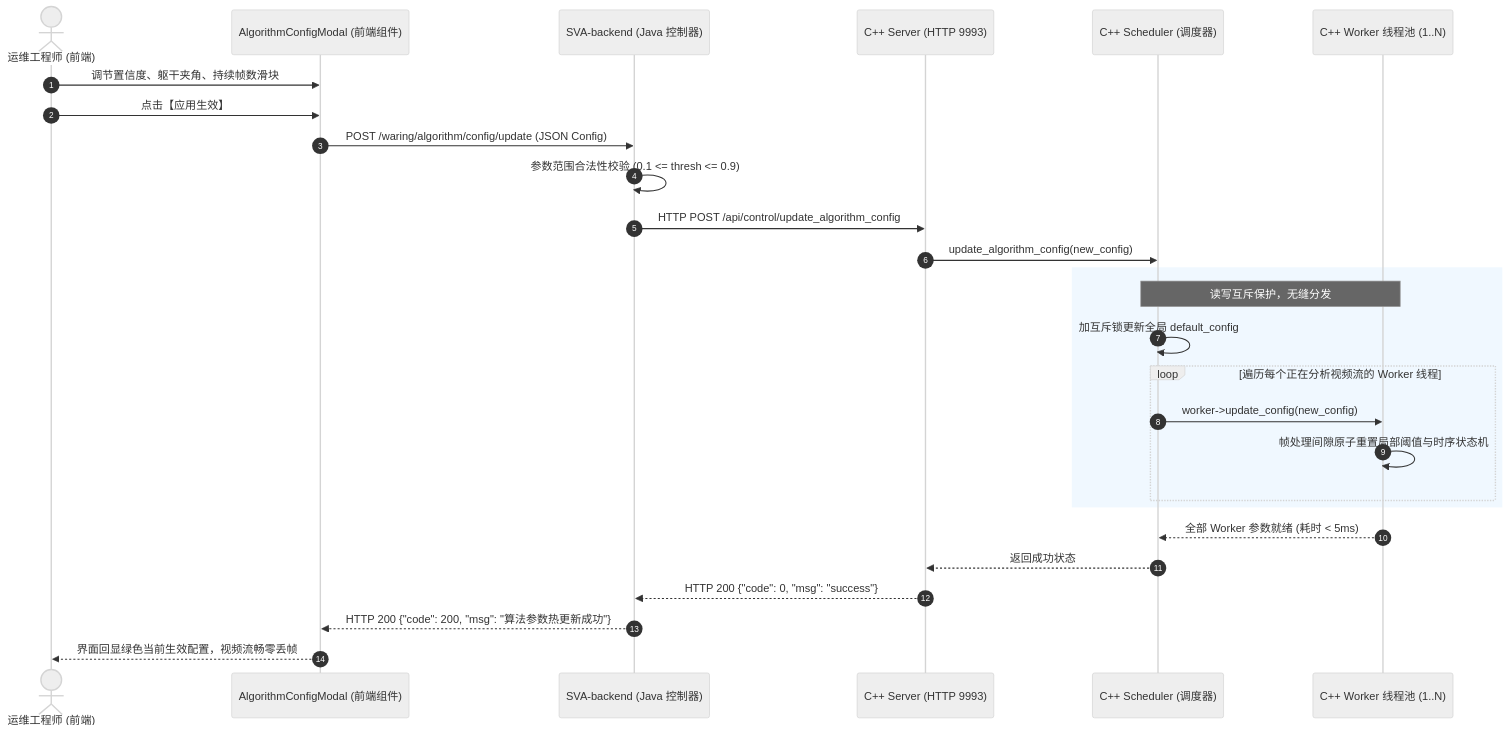
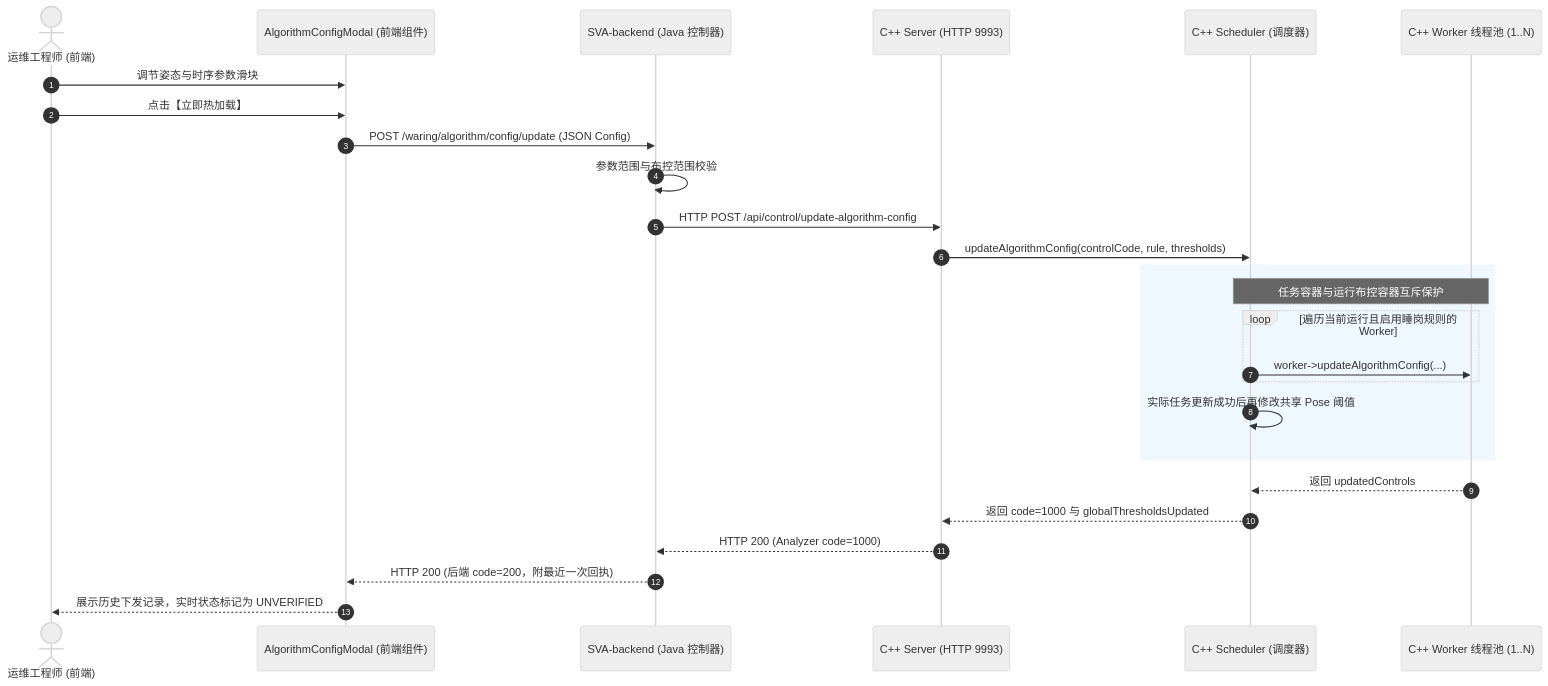
The third of 4 diagrams in docs/course_deliverables/09_架构图.md (Elaina168/easySVA), drawn with Mermaid (neutral theme) before and after one commit. The commit also changed 22 other files, not shown here.

````diff
--- a/docs/course_deliverables/09_架构图.md
+++ b/docs/course_deliverables/09_架构图.md
@@ -142,30 +142,29 @@
 ```mermaid
 sequenceDiagram
     autonumber
     actor Engineer as 运维工程师 (前端)
     participant UI as AlgorithmConfigModal (前端组件)
     participant Java as SVA-backend (Java 控制器)
     participant Server as C++ Server (HTTP 9993)
     participant Sched as C++ Scheduler (调度器)
     participant Worker as C++ Worker 线程池 (1..N)
 
-    Engineer->>UI: 调节置信度、躯干夹角、持续帧数滑块
-    Engineer->>UI: 点击【应用生效】
+    Engineer->>UI: 调节姿态与时序参数滑块
+    Engineer->>UI: 点击【立即热加载】
     UI->>Java: POST /waring/algorithm/config/update (JSON Config)
-    Java->>Java: 参数范围合法性校验 (0.1 <= thresh <= 0.9)
-    Java->>Server: HTTP POST /api/control/update_algorithm_config
-    Server->>Sched: update_algorithm_config(new_config)
+    Java->>Java: 参数范围与布控范围校验
+    Java->>Server: HTTP POST /api/control/update-algorithm-config
+    Server->>Sched: updateAlgorithmConfig(controlCode, rule, thresholds)
     rect rgb(240, 248, 255)
-        Note over Sched,Worker: 读写互斥保护，无缝分发
-        Sched->>Sched: 加互斥锁更新全局 default_config
-        loop 遍历每个正在分析视频流的 Worker 线程
-            Sched->>Worker: worker->update_config(new_config)
-            Worker->>Worker: 帧处理间隙原子重置局部阈值与时序状态机
+        Note over Sched,Worker: 任务容器与运行布控容器互斥保护
+        loop 遍历当前运行且启用睡岗规则的 Worker
+            Sched->>Worker: worker->updateAlgorithmConfig(...)
         end
+        Sched->>Sched: 实际任务更新成功后再修改共享 Pose 阈值
     end
-    Worker-->>Sched: 全部 Worker 参数就绪 (耗时 < 5ms)
-    Sched-->>Server: 返回成功状态
-    Server-->>Java: HTTP 200 {"code": 0, "msg": "success"}
-    Java-->>UI: HTTP 200 {"code": 200, "msg": "算法参数热更新成功"}
-    UI-->>Engineer: 界面回显绿色当前生效配置，视频流畅零丢帧
+    Worker-->>Sched: 返回 updatedControls
+    Sched-->>Server: 返回 code=1000 与 globalThresholdsUpdated
+    Server-->>Java: HTTP 200 (Analyzer code=1000)
+    Java-->>UI: HTTP 200 (后端 code=200，附最近一次回执)
+    UI-->>Engineer: 展示历史下发记录，实时状态标记为 UNVERIFIED
 ```
````
